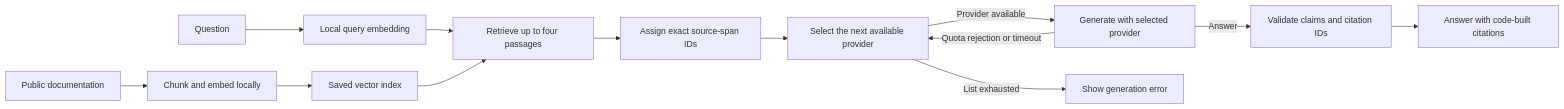
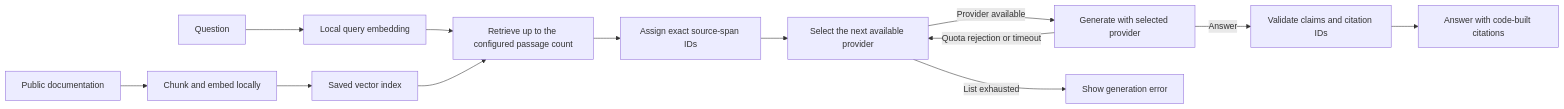
One commit to nhbl-ai/rag-study-buddy changed the diagram in README.md. Above: the diagram before and after it, drawn with Mermaid. The commit also changed other lines of this file and 8 other files, not shown here.

````diff
--- a/README.md
+++ b/README.md
@@ -21,15 +21,15 @@
 ```mermaid
 flowchart LR
     D[Public documentation] --> I[Chunk and embed locally]
     I --> V[Saved vector index]
     Q[Question] --> E[Local query embedding]
-    E --> R[Retrieve up to four passages]
+    E --> R[Retrieve up to the configured passage count]
     V --> R
     R --> S[Assign exact source-span IDs]
     S --> F[Select the next available provider]
     F -->|Provider available| G[Generate with selected provider]
     F -->|List exhausted| X[Show generation error]
     G -->|Quota rejection or timeout| F
     G -->|Answer| C[Validate claims and citation IDs]
     C --> A[Answer with code-built citations]
 ```
````
